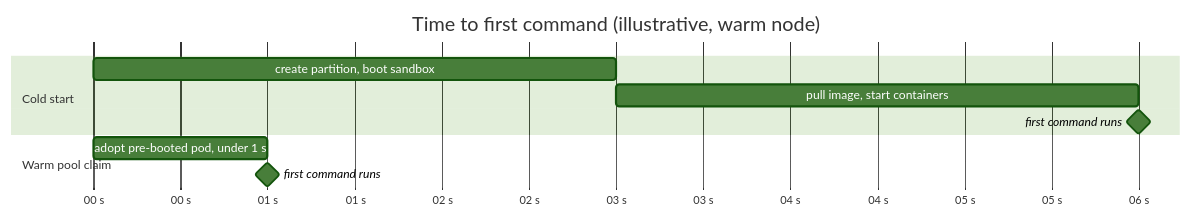
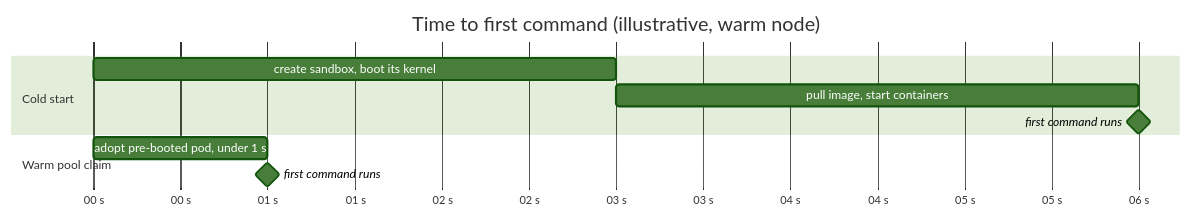
One commit to aws-samples/sample-eks-nitro-sandbox changed the diagram in examples/getting-started/warm-pool/README.md. Above: the diagram before and after it, drawn with Mermaid (forest theme). The commit also changed other lines of this file and 21 other files, not shown here.

First line of the commit message:
Say "Nitro sandbox", the public name, everywhere the internal "Nitro Partition" had leaked (#116)

````diff
--- a/examples/getting-started/warm-pool/README.md
+++ b/examples/getting-started/warm-pool/README.md
@@ -156,13 +156,13 @@
 ```mermaid
 gantt
     title Time to first command (illustrative, warm node)
     dateFormat  s
     axisFormat  %S s
     section Cold start
-    create partition, boot sandbox :a1, 0, 3s
+    create sandbox, boot its kernel :a1, 0, 3s
     pull image, start containers :a2, after a1, 3s
     first command runs           :milestone, m1, after a2, 0s
     section Warm pool claim
     adopt pre-booted pod, under 1 s :b1, 0, 1s
     first command runs           :milestone, m2, after b1, 0s
 ```
````
